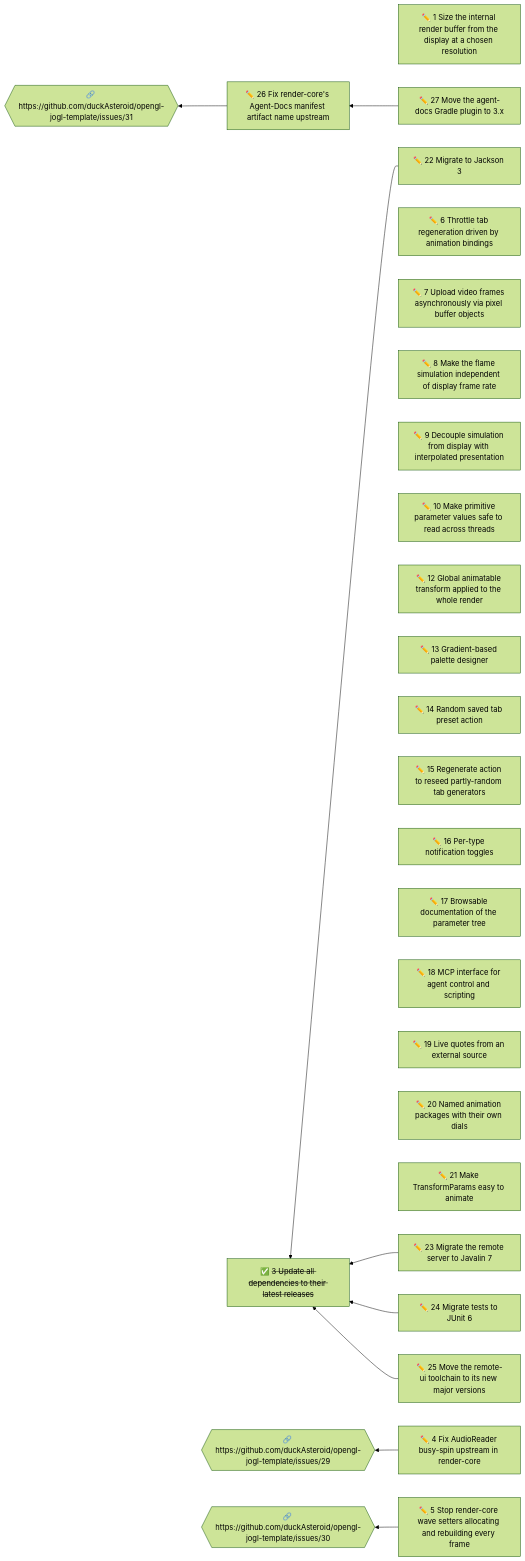
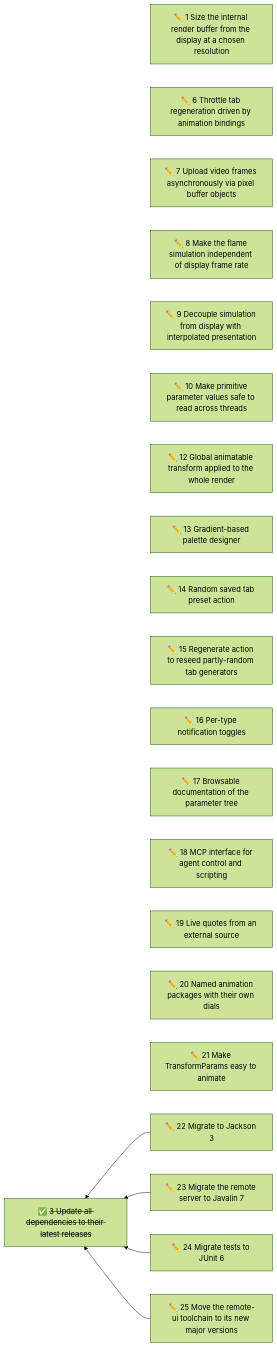
One commit to duckAsteroid/cthugha-reborn changed the diagram in docs/initiatives/README.md. Above: the diagram before and after it, drawn with Mermaid (forest theme). The commit also changed other lines of this file and 179 other files, not shown here.

First line of the commit message:
build: upgrade render-core to 1.0.0-RC7 and agent-docs to 3.0.3

````diff
--- a/docs/initiatives/README.md
+++ b/docs/initiatives/README.md
@@ -57,67 +53,49 @@
 ```mermaid
 flowchart RL
   n1["✏️ 1 Size the internal render buffer from the display at a chosen resolution"]
-  n4["✏️ 4 Fix AudioReader busy-spin upstream in render-core"]
-  n5["✏️ 5 Stop render-core wave setters allocating and rebuilding every frame"]
   n6["✏️ 6 Throttle tab regeneration driven by animation bindings"]
   n7["✏️ 7 Upload video frames asynchronously via pixel buffer objects"]
   n8["✏️ 8 Make the flame simulation independent of display frame rate"]
   n9["✏️ 9 Decouple simulation from display with interpolated presentation"]
   n10["✏️ 10 Make primitive parameter values safe to read across threads"]
   n12["✏️ 12 Global animatable transform applied to the whole render"]
   n13["✏️ 13 Gradient-based palette designer"]
   n14["✏️ 14 Random saved tab preset action"]
   n15["✏️ 15 Regenerate action to reseed partly-random tab generators"]
   n16["✏️ 16 Per-type notification toggles"]
   n17["✏️ 17 Browsable documentation of the parameter tree"]
   n18["✏️ 18 MCP interface for agent control and scripting"]
   n19["✏️ 19 Live quotes from an external source"]
   n20["✏️ 20 Named animation packages with their own dials"]
   n21["✏️ 21 Make TransformParams easy to animate"]
   n22["✏️ 22 Migrate to Jackson 3"]
   n23["✏️ 23 Migrate the remote server to Javalin 7"]
   n24["✏️ 24 Migrate tests to JUnit 6"]
   n25["✏️ 25 Move the remote-ui toolchain to its new major versions"]
-  n26["✏️ 26 Fix render-core's Agent-Docs manifest artifact name upstream"]
-  n27["✏️ 27 Move the agent-docs Gradle plugin to 3.x"]
   n3["✅ <s>3 Update all dependencies to their latest releases</s>"]
-  x1{{"🔗 https://github.com/duckAsteroid/opengl-jogl-template/issues/29"}}
-  x2{{"🔗 https://github.com/duckAsteroid/opengl-jogl-template/issues/30"}}
-  x3{{"🔗 https://github.com/duckAsteroid/opengl-jogl-template/issues/31"}}
-  n4 --> x1
-  n5 --> x2
   n22 --> n3
   n23 --> n3
   n24 --> n3
   n25 --> n3
-  n26 --> x3
-  n27 --> n26
   click n1 href "01-cap-the-internal-render-resolution-at-high-window-sizes.md"
-  click n4 href "04-fix-audioreader-busy-spin-upstream-in-render-core.md"
-  click n5 href "05-stop-render-core-wave-setters-allocating-and-rebuilding-ever.md"
   click n6 href "06-throttle-tab-regeneration-driven-by-animation-bindings.md"
   click n7 href "07-upload-video-frames-asynchronously-via-pixel-buffer-objects.md"
   click n8 href "08-make-the-flame-simulation-independent-of-display-frame-rate.md"
   click n9 href "09-decouple-simulation-from-display-with-interpolated-presentat.md"
   click n10 href "10-make-primitive-parameter-values-safe-to-read-across-threads.md"
   click n12 href "12-global-animatable-transform-applied-to-the-whole-render.md"
   click n13 href "13-gradient-based-palette-designer.md"
   click n14 href "14-random-saved-tab-preset-action.md"
   click n15 href "15-regenerate-action-to-reseed-partly-random-tab-generators.md"
   click n16 href "16-per-type-notification-toggles.md"
   click n17 href "17-browsable-documentation-of-the-parameter-tree.md"
   click n18 href "18-mcp-interface-for-agent-control-and-scripting.md"
   click n19 href "19-live-quotes-from-an-external-source.md"
   click n20 href "20-named-animation-packages-with-their-own-dials.md"
   click n21 href "21-make-transformparams-easy-to-animate.md"
   click n22 href "22-migrate-to-jackson-3.md"
   click n23 href "23-migrate-the-remote-server-to-javalin-7.md"
   click n24 href "24-migrate-tests-to-junit-6.md"
   click n25 href "25-move-the-remote-ui-toolchain-to-its-new-major-versions.md"
-  click n26 href "26-fix-render-core-s-agent-docs-manifest-artifact-name-upstream.md"
-  click n27 href "27-move-the-agent-docs-gradle-plugin-to-3-x.md"
   click n3 href "03-update-all-dependencies-to-their-latest-releases.md"
-  click x1 href "https://github.com/duckAsteroid/opengl-jogl-template/issues/29"
-  click x2 href "https://github.com/duckAsteroid/opengl-jogl-template/issues/30"
-  click x3 href "https://github.com/duckAsteroid/opengl-jogl-template/issues/31"
 ```
````
